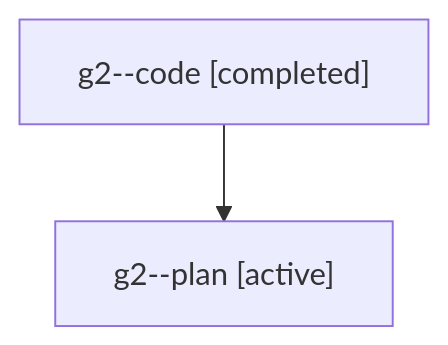
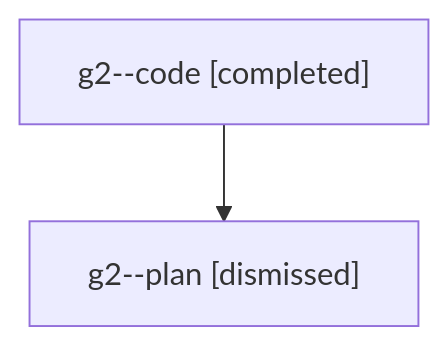
The diagram in sessions/bbugyi200.athena.g2.md (sase-org/sase--agents), drawn with Mermaid before and after one commit. The commit also changed other lines of this file and 30 other files, not shown here.

````diff
--- a/sessions/bbugyi200.athena.g2.md
+++ b/sessions/bbugyi200.athena.g2.md
@@ -9,6 +9,6 @@
 ```mermaid
 flowchart TD
   n0["g2--code [completed]"]
-  n1["g2--plan [active]"]
+  n1["g2--plan [dismissed]"]
   n0 --> n1
 ```
````
